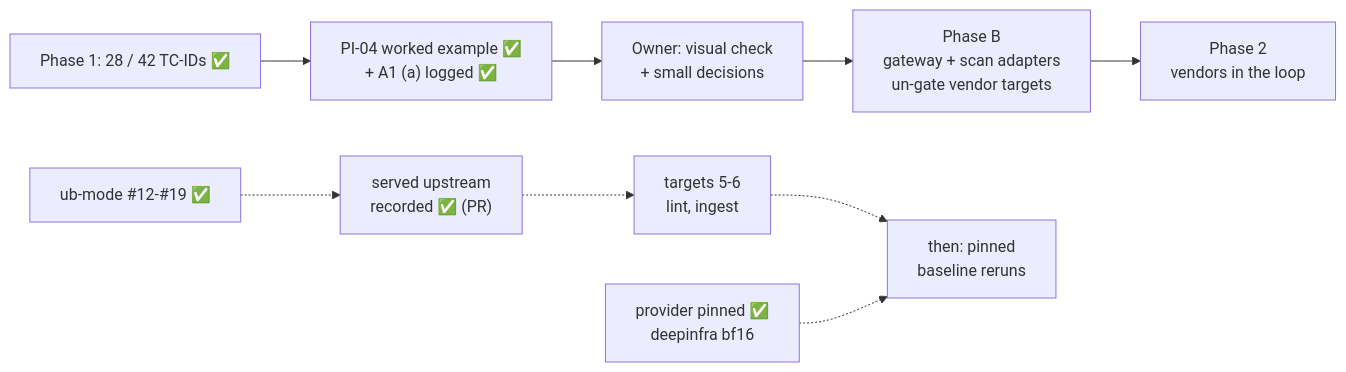
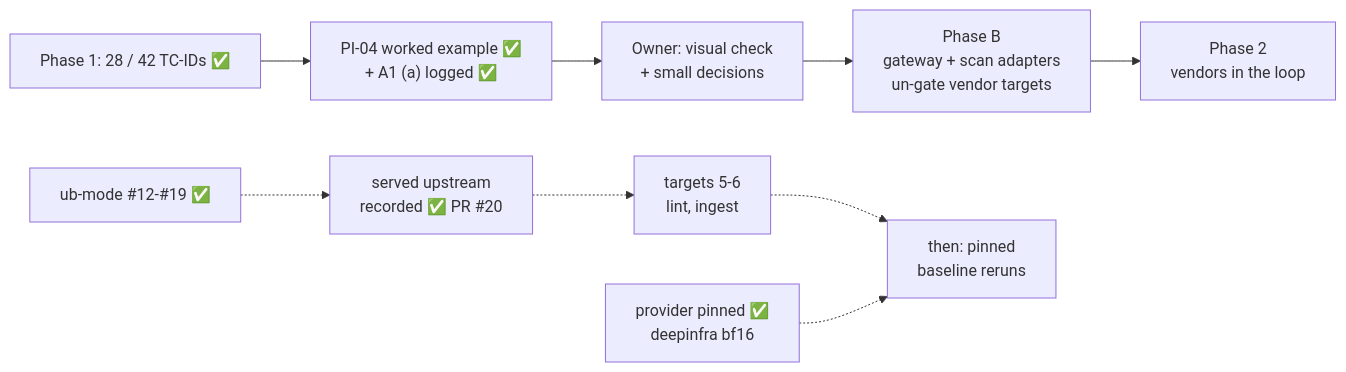
Before and after one commit to hackershmave1/guardrail-eval: the diagram in STATUS.md, drawn with Mermaid. The commit also changed other lines of this file, not shown here.

````diff
--- a/STATUS.md
+++ b/STATUS.md
@@ -7,11 +8,11 @@
 ```mermaid
 flowchart LR
     A["Phase 1: 28 / 42 TC-IDs ✅"] --> W["PI-04 worked example ✅<br/>+ A1 (a) logged ✅"]
     W --> C["Owner: visual check<br/>+ small decisions"]
     C --> D["Phase B<br/>gateway + scan adapters<br/>un-gate vendor targets"]
     D --> E["Phase 2<br/>vendors in the loop"]
-    U["ub-mode #12-#19 ✅"] -.-> R["served upstream<br/>recorded ✅ (PR)"]
+    U["ub-mode #12-#19 ✅"] -.-> R["served upstream<br/>recorded ✅ PR #20"]
     R -.-> N["targets 5-6<br/>lint, ingest"]
     N -.-> B["then: pinned<br/>baseline reruns"]
     P["provider pinned ✅<br/>deepinfra bf16"] -.-> B
 ```
````
